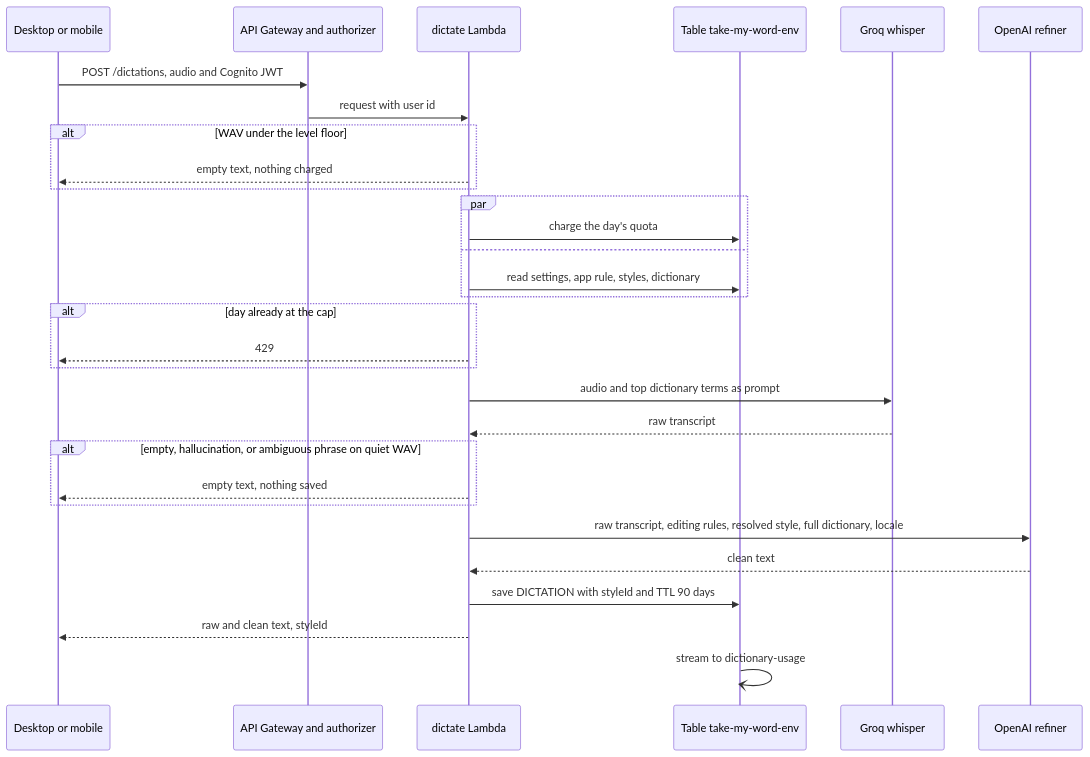
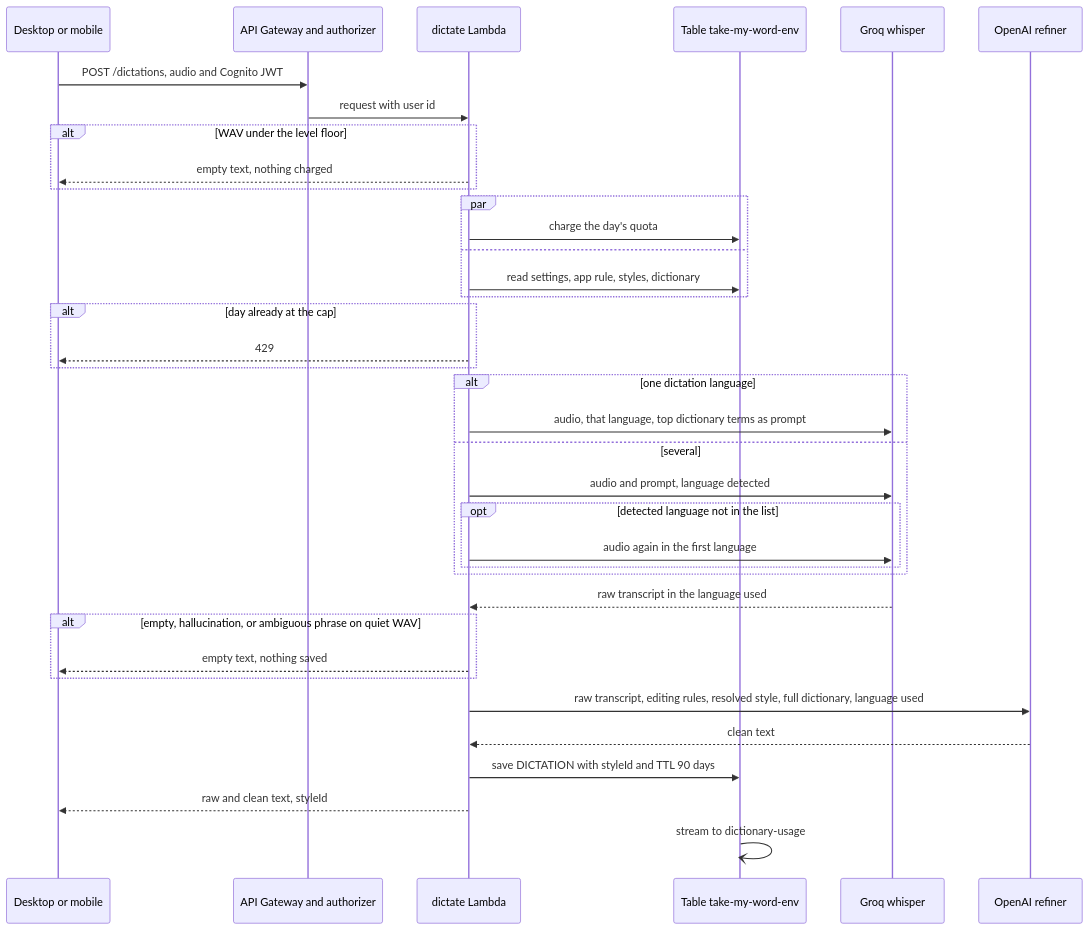
One commit to sebasfles/take-my-word changed the diagram in docs/modules/dictation/flows.md. Above: the diagram before and after it, drawn with Mermaid. The commit also changed other lines of this file and 114 other files, not shown here.

First line of the commit message:
feat(desktop,dictionary,styles,dictation): Desktop editors, history, Spanish and English UI, waveform (#14)

````diff
--- a/docs/modules/dictation/flows.md
+++ b/docs/modules/dictation/flows.md
@@ -14,32 +14,39 @@
 ```mermaid
 sequenceDiagram
   participant C as Desktop or mobile
   participant G as API Gateway and authorizer
   participant D as dictate Lambda
   participant T as Table take-my-word-env
   participant S as Groq whisper
   participant R as OpenAI refiner
   C->>G: POST /dictations, audio and Cognito JWT
   G->>D: request with user id
   alt WAV under the level floor
     D-->>C: empty text, nothing charged
   end
   par
     D->>T: charge the day's quota
   and
     D->>T: read settings, app rule, styles, dictionary
   end
   alt day already at the cap
     D-->>C: 429
   end
-  D->>S: audio and top dictionary terms as prompt
-  S-->>D: raw transcript
+  alt one dictation language
+    D->>S: audio, that language, top dictionary terms as prompt
+  else several
+    D->>S: audio and prompt, language detected
+    opt detected language not in the list
+      D->>S: audio again in the first language
+    end
+  end
+  S-->>D: raw transcript in the language used
   alt empty, hallucination, or ambiguous phrase on quiet WAV
     D-->>C: empty text, nothing saved
   end
-  D->>R: raw transcript, editing rules, resolved style, full dictionary, locale
+  D->>R: raw transcript, editing rules, resolved style, full dictionary, language used
   R-->>D: clean text
   D->>T: save DICTATION with styleId and TTL 90 days
   D-->>C: raw and clean text, styleId
   T-)T: stream to dictionary-usage
 ```
````
